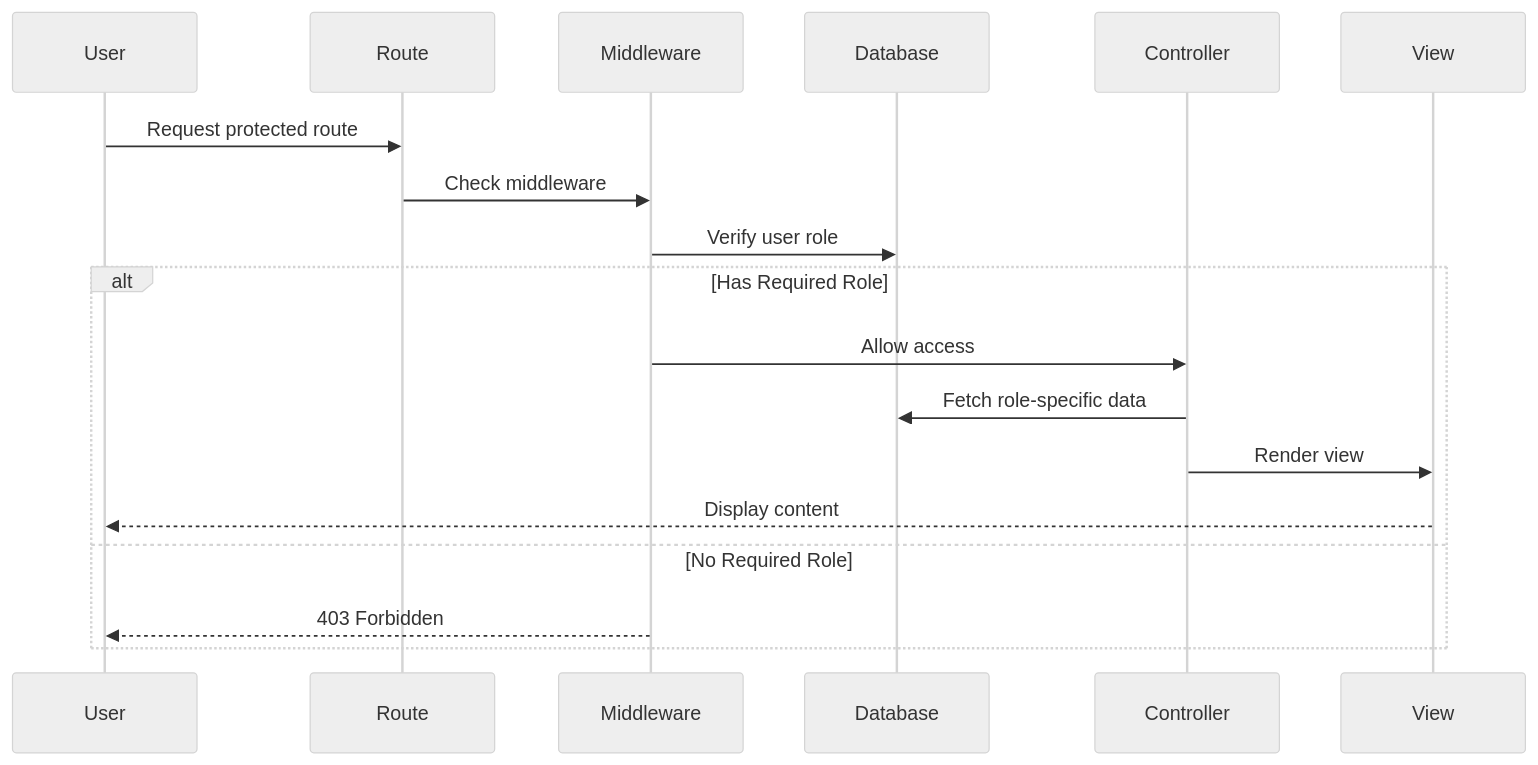
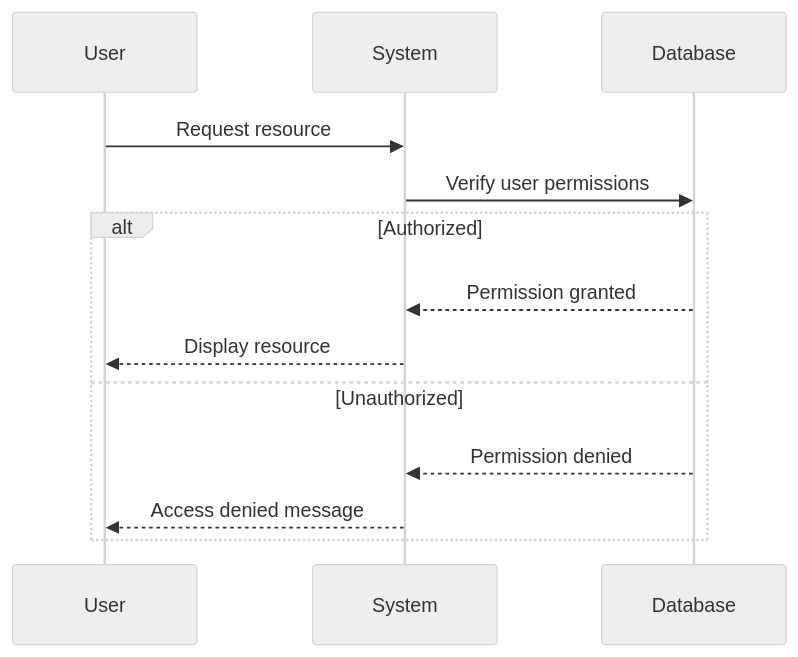
Before and after one commit to abdullah2323442/thesisrepo-backup: the second of 16 diagrams in sequence.md, drawn with Mermaid (neutral theme). The commit also changed other lines of this file, not shown here.

Commit message:
refactor(sequence-diagrams): Revise sequence diagrams for improved clarity and organization of system workflows

````diff
--- a/sequence.md
+++ b/sequence.md
@@ -54,22 +40,17 @@
 ```mermaid
 sequenceDiagram
-    participant U as User
-    participant R as Route
-    participant M as Middleware
-    participant DB as Database
-    participant C as Controller
-    participant V as View
+    participant User
+    participant System
+    participant Database
 
-    U->>R: Request protected route
-    R->>M: Check middleware
-    M->>DB: Verify user role
+    User->>System: Request resource
+    System->>Database: Verify user permissions
     
-    alt Has Required Role
-        M->>C: Allow access
-        C->>DB: Fetch role-specific data
-        C->>V: Render view
-        V-->>U: Display content
-    else No Required Role
-        M-->>U: 403 Forbidden
+    alt Authorized
+        Database-->>System: Permission granted
+        System-->>User: Display resource
+    else Unauthorized
+        Database-->>System: Permission denied
+        System-->>User: Access denied message
     end
 ```
````
